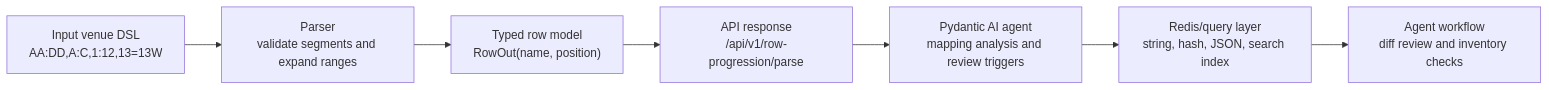
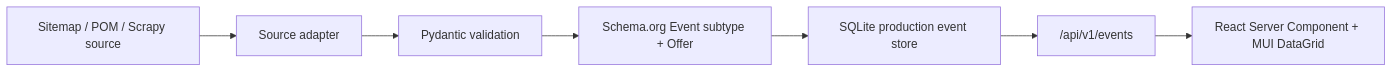
One commit to dillon-barendt/mapi changed the diagram in docs/ARCHITECTURE.md. Above: the diagram before and after it, drawn with Mermaid. The commit also changed other lines of this file and 32 other files, not shown here.

````diff
--- a/docs/ARCHITECTURE.md
+++ b/docs/ARCHITECTURE.md
@@ -12,12 +11,12 @@
 ```mermaid
 flowchart LR
-    A["Input venue DSL<br/>AA:DD,A:C,1:12,13=13W"]
-    B["Parser<br/>validate segments and expand ranges"]
-    C["Typed row model<br/>RowOut(name, position)"]
-    D["API response<br/>/api/v1/row-progression/parse"]
-    E["Pydantic AI agent<br/>mapping analysis and review triggers"]
-    F["Redis/query layer<br/>string, hash, JSON, search index"]
-    G["Agent workflow<br/>diff review and inventory checks"]
+    A["Sitemap / POM / Scrapy source"]
+    H["Schema.org Event subtype + Offer"]
+    I["SQLite production event store"]
+    J["/api/v1/events"]
+    K["React Server Component + MUI DataGrid"]
+    B["Source adapter"]
+    C["Pydantic validation"]
 
-    A --> B --> C --> D --> E --> F --> G
+    A --> B --> C --> H --> I --> J --> K
 ```
````
